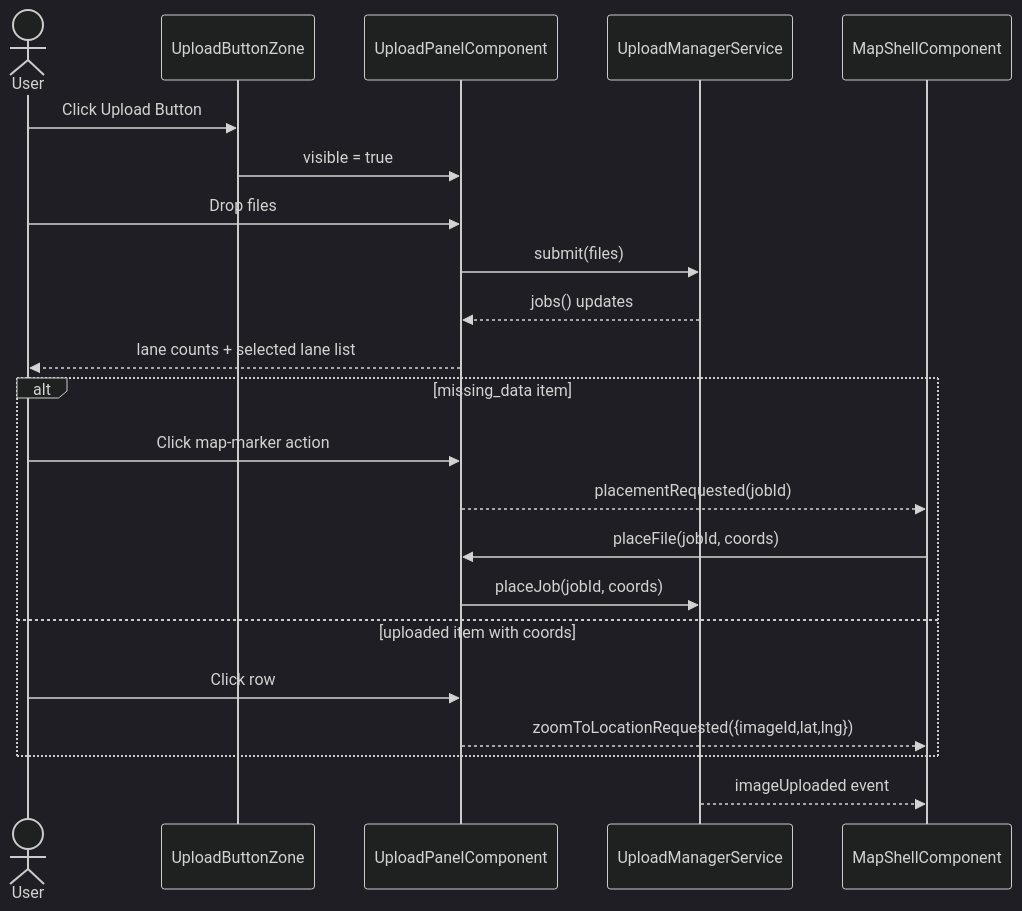
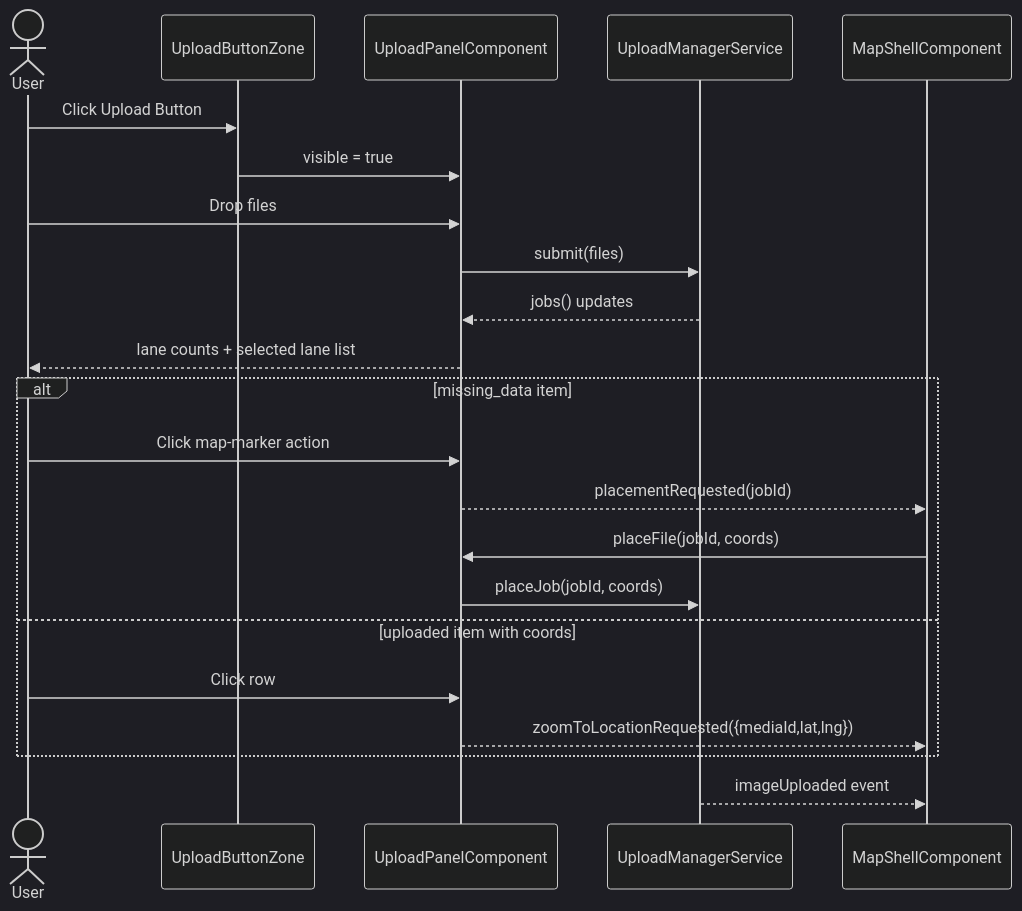
Before and after one commit to matkleve/feldpost: the eighth of 8 diagrams in docs/element-specs/upload-panel.md, drawn with Mermaid (dark theme). The commit also changed other lines of this file and 19 other files, not shown here.

First line of the commit message:
refactor: update references from imageId to mediaId across documentation

````diff
--- a/docs/element-specs/upload-panel.md
+++ b/docs/element-specs/upload-panel.md
@@ -553,25 +553,25 @@
 ```mermaid
 sequenceDiagram
   actor User
   participant Zone as UploadButtonZone
   participant Panel as UploadPanelComponent
   participant Manager as UploadManagerService
   participant Map as MapShellComponent
 
   User->>Zone: Click Upload Button
   Zone->>Panel: visible = true
   User->>Panel: Drop files
   Panel->>Manager: submit(files)
   Manager-->>Panel: jobs() updates
   Panel-->>User: lane counts + selected lane list
   alt missing_data item
     User->>Panel: Click map-marker action
     Panel-->>Map: placementRequested(jobId)
     Map->>Panel: placeFile(jobId, coords)
     Panel->>Manager: placeJob(jobId, coords)
   else uploaded item with coords
     User->>Panel: Click row
-    Panel-->>Map: zoomToLocationRequested({imageId,lat,lng})
+    Panel-->>Map: zoomToLocationRequested({mediaId,lat,lng})
   end
   Manager-->>Map: imageUploaded event
 ```
````
